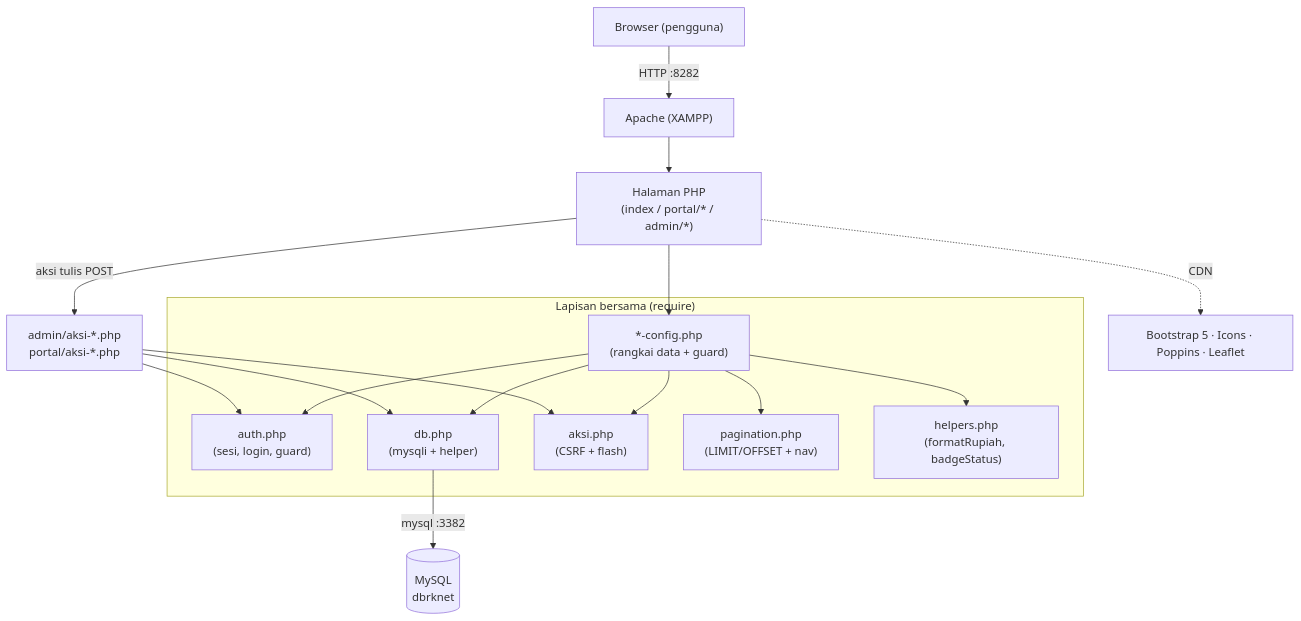
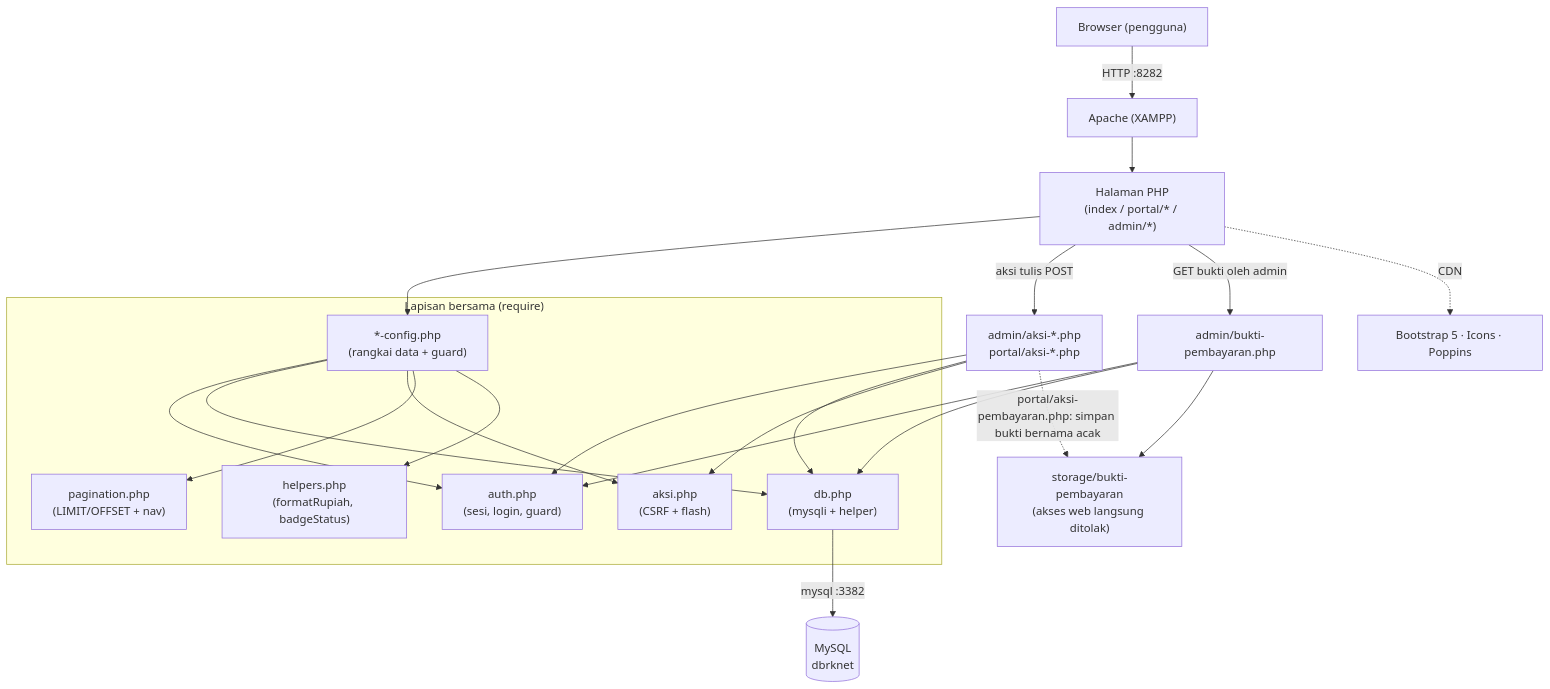
One commit to mramdann/rknet changed the first of 7 diagrams in docs/DOKUMENTASI.md. Above: the diagram before and after it, drawn with Mermaid. The commit also changed other lines of this file and 60 other files, not shown here.

Commit message:
feat: finalize RKnet portal and payment flow

````diff
--- a/docs/DOKUMENTASI.md
+++ b/docs/DOKUMENTASI.md
@@ -28,21 +28,24 @@
 ```mermaid
 flowchart TD
     B["Browser (pengguna)"] -->|HTTP :8282| A["Apache (XAMPP)"]
     A --> H["Halaman PHP<br/>(index / portal/* / admin/*)"]
 
     subgraph Lapisan_Bersama["Lapisan bersama (require)"]
       CFG["*-config.php<br/>(rangkai data + guard)"]
       AUTH["auth.php<br/>(sesi, login, guard)"]
       DB["db.php<br/>(mysqli + helper)"]
       AKSI["aksi.php<br/>(CSRF + flash)"]
       PAG["pagination.php<br/>(LIMIT/OFFSET + nav)"]
       HLP["helpers.php<br/>(formatRupiah, badgeStatus)"]
     end
 
     H --> CFG
     CFG --> AUTH & DB & AKSI & PAG & HLP
     H -->|aksi tulis POST| ACT["admin/aksi-*.php<br/>portal/aksi-*.php"]
     ACT --> AUTH & DB & AKSI
+    ACT -. "portal/aksi-pembayaran.php: simpan bukti bernama acak" .-> FS["storage/bukti-pembayaran<br/>(akses web langsung ditolak)"]
+    H -->|GET bukti oleh admin| BUKTI["admin/bukti-pembayaran.php"]
+    BUKTI --> AUTH & DB & FS
     DB -->|"mysql :3382"| M[("MySQL<br/>dbrknet")]
-    H -. CDN .-> CDN["Bootstrap 5 · Icons · Poppins · Leaflet"]
+    H -. CDN .-> CDN["Bootstrap 5 · Icons · Poppins"]
 ```
````
